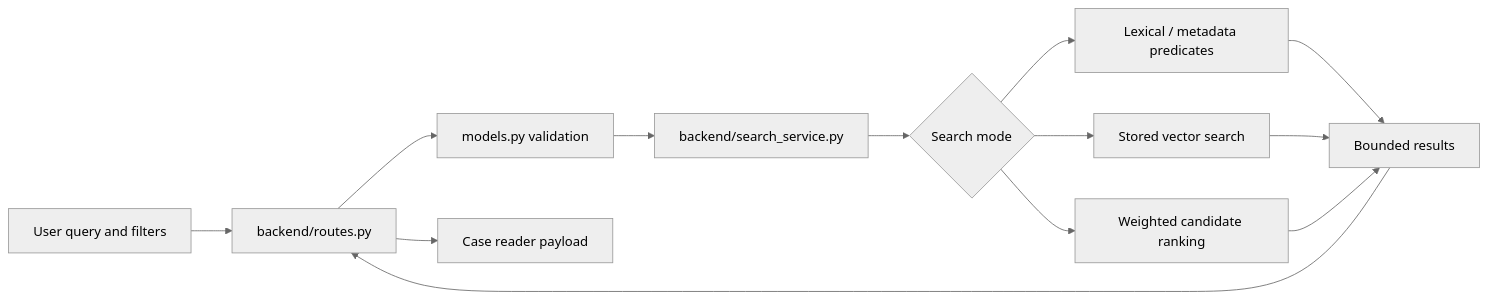
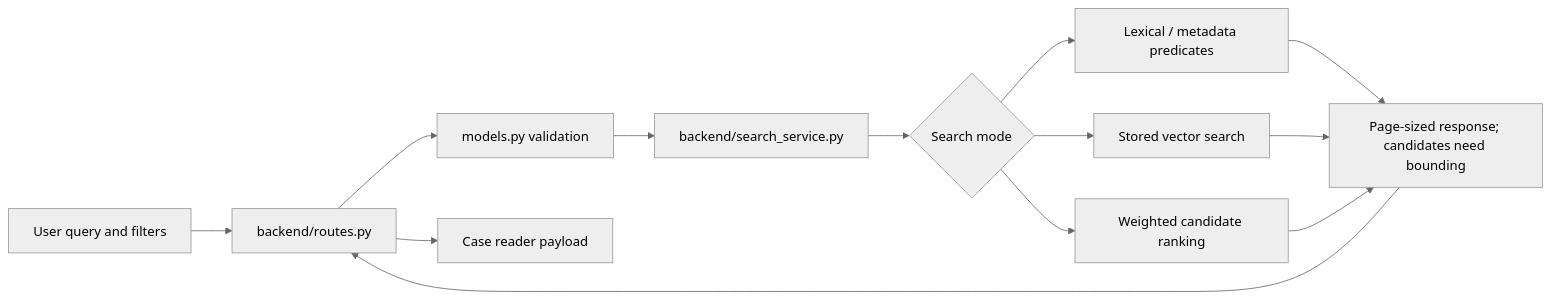
One commit to greystone-dan/LitIntelproject changed the diagram in .swm/5.b49ftjal.sw.md. Above: the diagram before and after it, drawn with Mermaid (neutral theme). The commit also changed other lines of this file and 2 other files, not shown here.

````diff
--- a/.swm/5.b49ftjal.sw.md
+++ b/.swm/5.b49ftjal.sw.md
@@ -14,15 +17,15 @@
 ```mermaid
 flowchart LR
 	Query[User query and filters] --> Routes[backend/routes.py]
 	Routes --> Contract[models.py validation]
 	Contract --> Service[backend/search_service.py]
 	Service --> Mode{Search mode}
 	Mode --> Lexical[Lexical / metadata predicates]
 	Mode --> Semantic[Stored vector search]
 	Mode --> Hybrid[Weighted candidate ranking]
-	Lexical --> Results[Bounded results]
+	Lexical --> Results[Page-sized response; candidates need bounding]
 	Semantic --> Results
 	Hybrid --> Results
 	Results --> Routes
 	Routes --> Reader[Case reader payload]
 ```
````
